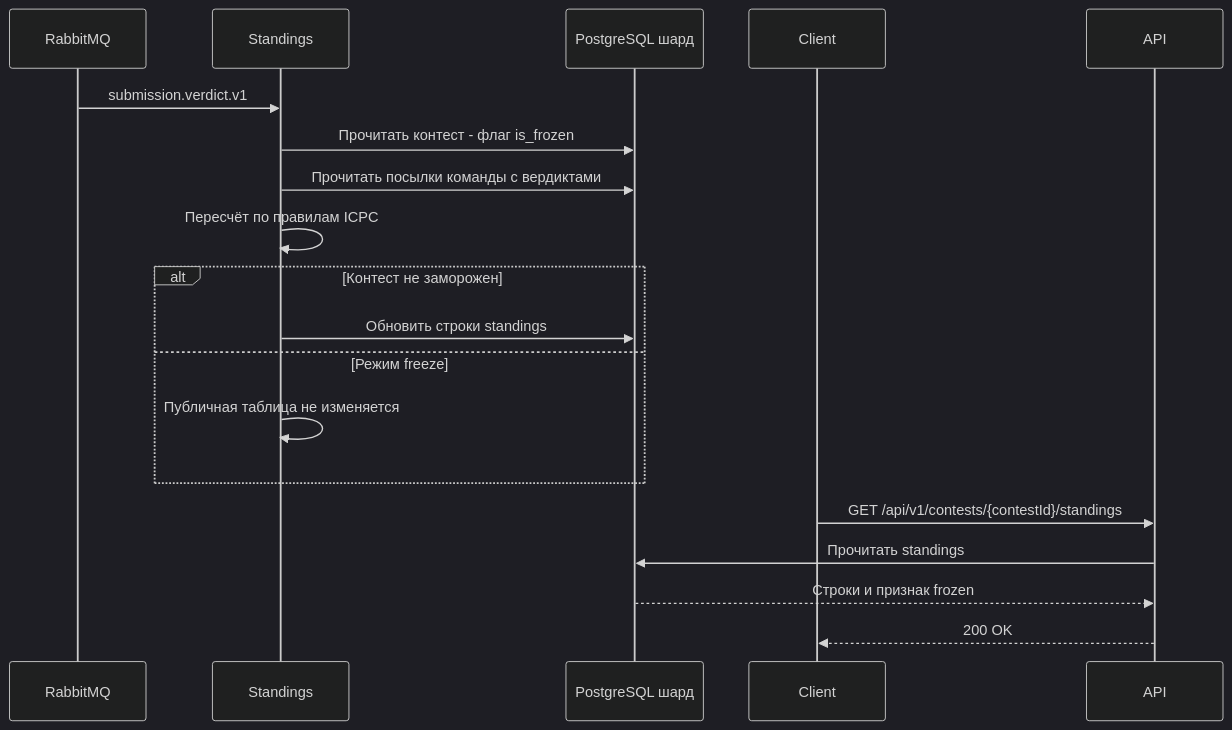
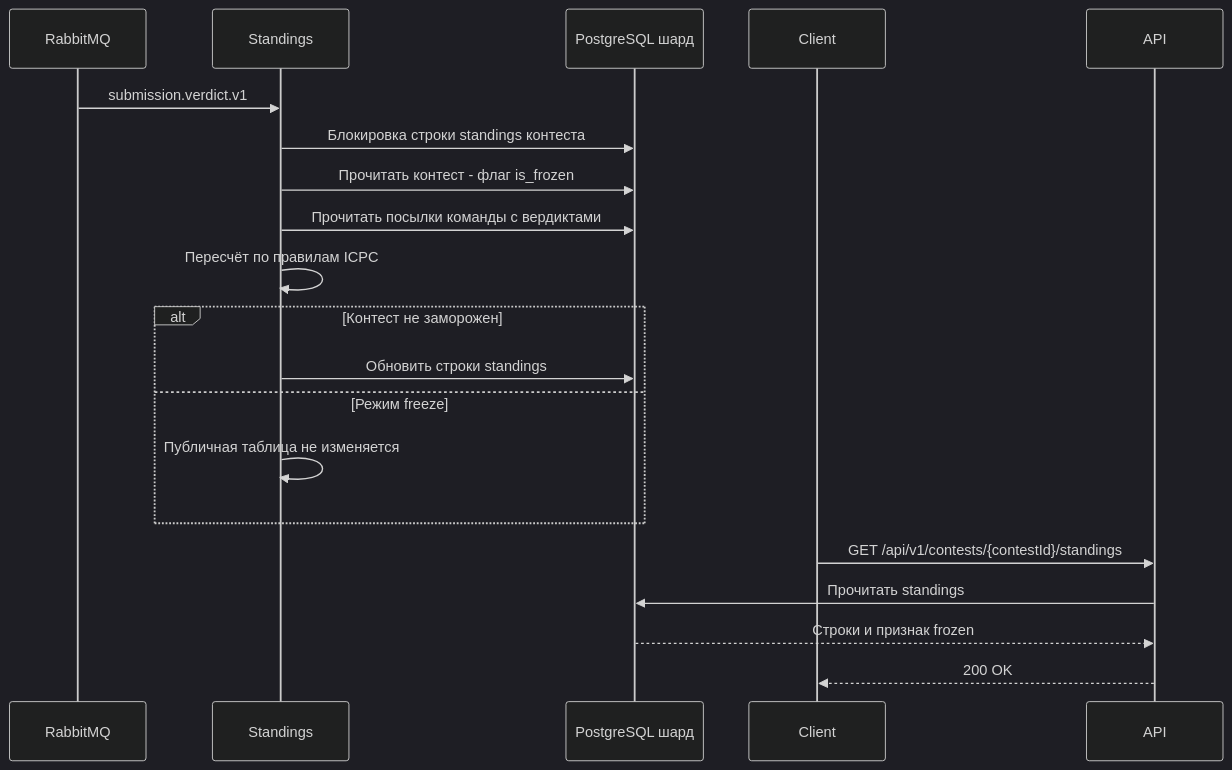
One commit to spbu-ds-practicum-2026/hotfix changed diagram 11 of 12 in docs/tr.md. Above: the diagram before and after it, drawn with Mermaid (dark theme). The commit also changed other lines of this file, not shown here.

````diff
--- a/docs/tr.md
+++ b/docs/tr.md
@@ -619,22 +641,23 @@
 ```mermaid
 sequenceDiagram
   participant MQ as RabbitMQ
   participant Standings
   participant DB as PostgreSQL шард
   participant Client
   participant API
 
   MQ->>Standings: submission.verdict.v1
+  Standings->>DB: Блокировка строки standings контеста
   Standings->>DB: Прочитать контест - флаг is_frozen
   Standings->>DB: Прочитать посылки команды с вердиктами
   Standings->>Standings: Пересчёт по правилам ICPC
   alt Контест не заморожен
     Standings->>DB: Обновить строки standings
   else Режим freeze
     Standings->>Standings: Публичная таблица не изменяется
   end
   Client->>API: GET /api/v1/contests/{contestId}/standings
   API->>DB: Прочитать standings
   DB-->>API: Строки и признак frozen
   API-->>Client: 200 OK
 ```
````
